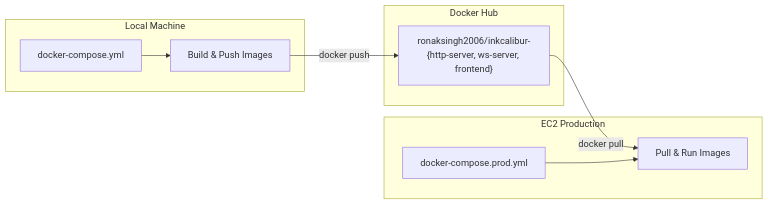
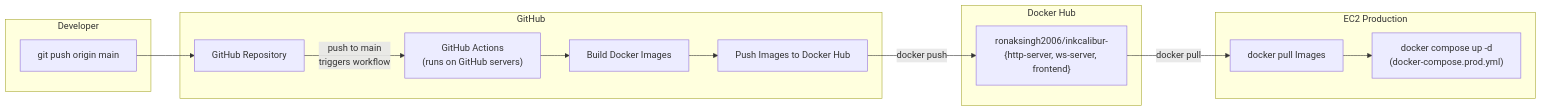
One commit to RonakSingh2006/InkCalibur changed the third of 3 diagrams in README.md. Above: the diagram before and after it, drawn with Mermaid. The commit also changed other lines of this file, not shown here.

Commit message:
updated deployment architecture

````diff
--- a/README.md
+++ b/README.md
@@ -261,21 +264,30 @@
 ```mermaid
 flowchart LR
-    subgraph Local["Local Machine"]
-        BUILD["Build & Push Images"]
-        DC["docker-compose.yml"]
+    subgraph Dev["Developer"]
+        PUSH["git push origin main"]
+    end
+
+    subgraph GH["GitHub"]
+        REPO["GitHub Repository"]
+        ACTIONS["GitHub Actions<br/>(runs on GitHub servers)"]
+        BUILD["Build Docker Images"]
+        PUSHIMG["Push Images to Docker Hub"]
     end
 
     subgraph Hub["Docker Hub"]
         IMAGES["ronaksingh2006/inkcalibur-<br/>{http-server, ws-server, frontend}"]
     end
 
     subgraph EC2["EC2 Production"]
-        PULL["Pull & Run Images"]
-        DCP["docker-compose.prod.yml"]
+        PULL["docker pull Images"]
+        COMPOSE["docker compose up -d<br/>(docker-compose.prod.yml)"]
     end
 
-    BUILD -- "docker push" --> IMAGES
+    PUSH --> REPO
+    REPO -- "push to main<br/>triggers workflow" --> ACTIONS
+    ACTIONS --> BUILD
+    BUILD --> PUSHIMG
+    PUSHIMG -- "docker push" --> IMAGES
     IMAGES -- "docker pull" --> PULL
-    DC --> BUILD
-    DCP --> PULL
+    PULL --> COMPOSE
 ```
````
